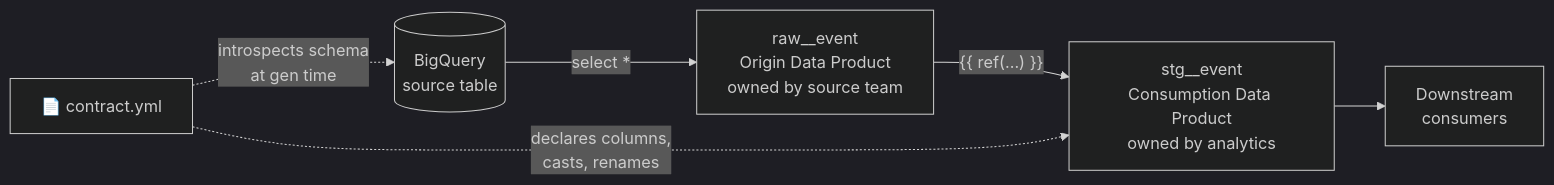
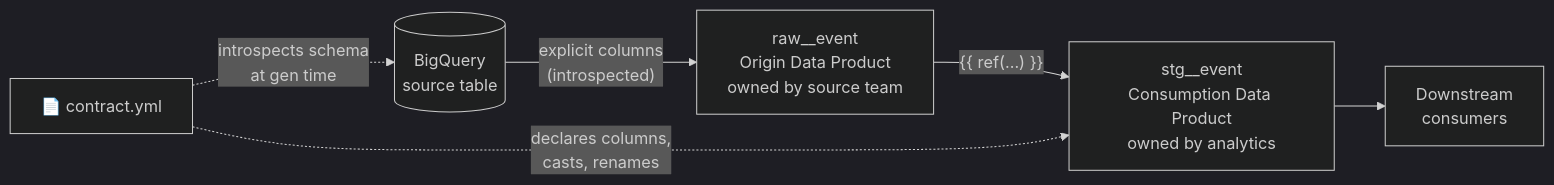
One commit to wraith-proxy/wraith-modelgen changed the second of 3 diagrams in docs/architecture.md. Above: the diagram before and after it, drawn with Mermaid (dark theme). The commit also changed other lines of this file and 17 other files, not shown here.

````diff
--- a/docs/architecture.md
+++ b/docs/architecture.md
@@ -36,9 +36,9 @@
 ```mermaid
 flowchart LR
-    SRC[("BigQuery\nsource table")] -->|"select *"| RAW["raw__event\nOrigin Data Product\nowned by source team"]
+    SRC[("BigQuery\nsource table")] -->|"explicit columns\n(introspected)"| RAW["raw__event\nOrigin Data Product\nowned by source team"]
     RAW -->|"{{ ref(...) }}"| STG["stg__event\nConsumption Data Product\nowned by analytics"]
     STG --> DOWN["Downstream\nconsumers"]
 
     CTR["📄 contract.yml"] -. "introspects schema\nat gen time" .-> SRC
     CTR -. "declares columns,\ncasts, renames" .-> STG
 ```
````
